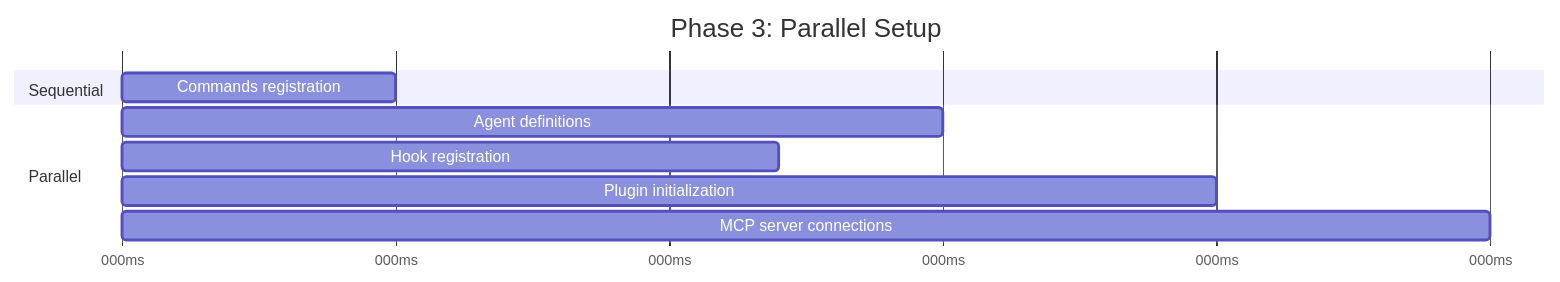
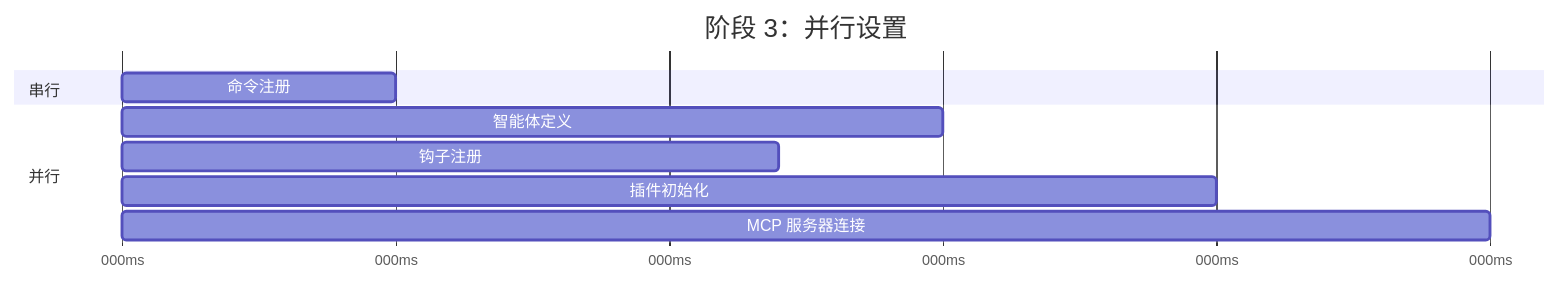
One commit to quanuanc/claude-code-from-source changed the third of 4 diagrams in book-zh/ch02-bootstrap.md. Above: the diagram before and after it, drawn with Mermaid. The commit also changed other lines of this file and 2 other files, not shown here.

````diff
--- a/book-zh/ch02-bootstrap.md
+++ b/book-zh/ch02-bootstrap.md
@@ -144,14 +137,14 @@
 ```mermaid
 gantt
-    title Phase 3: Parallel Setup
+    title 阶段 3：并行设置
     dateFormat X
     axisFormat %Lms
 
-    section Sequential
-    Commands registration   :0, 5
-    section Parallel
-    Agent definitions      :5, 15
-    Hook registration      :5, 12
-    Plugin initialization  :5, 20
-    MCP server connections :5, 25
+    section 串行
+    命令注册   :0, 5
+    section 并行
+    智能体定义      :5, 15
+    钩子注册      :5, 12
+    插件初始化  :5, 20
+    MCP 服务器连接 :5, 25
 ```
````
